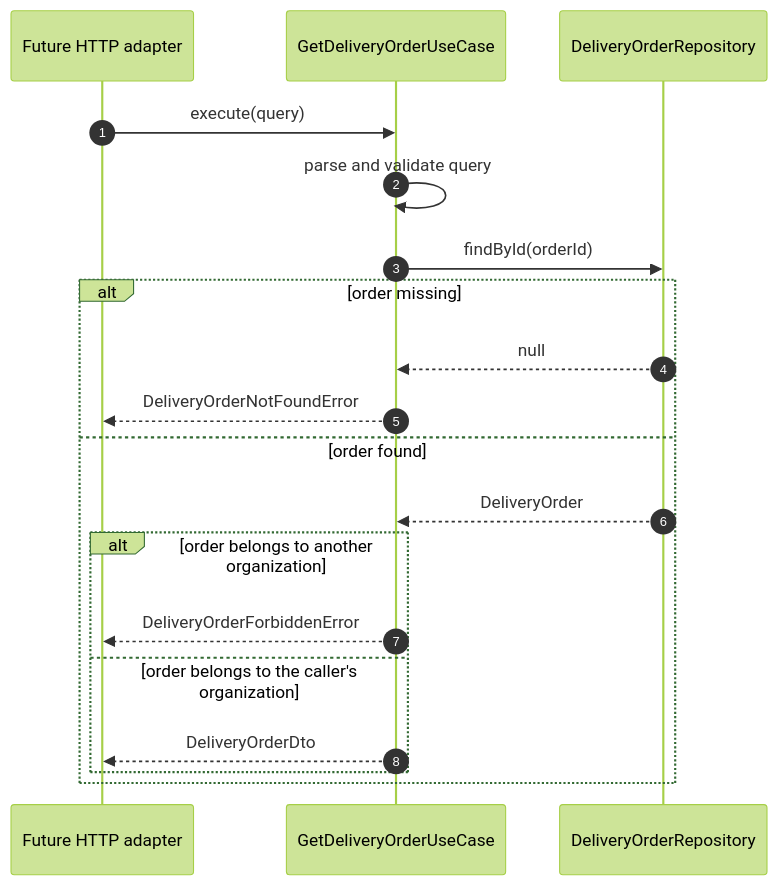
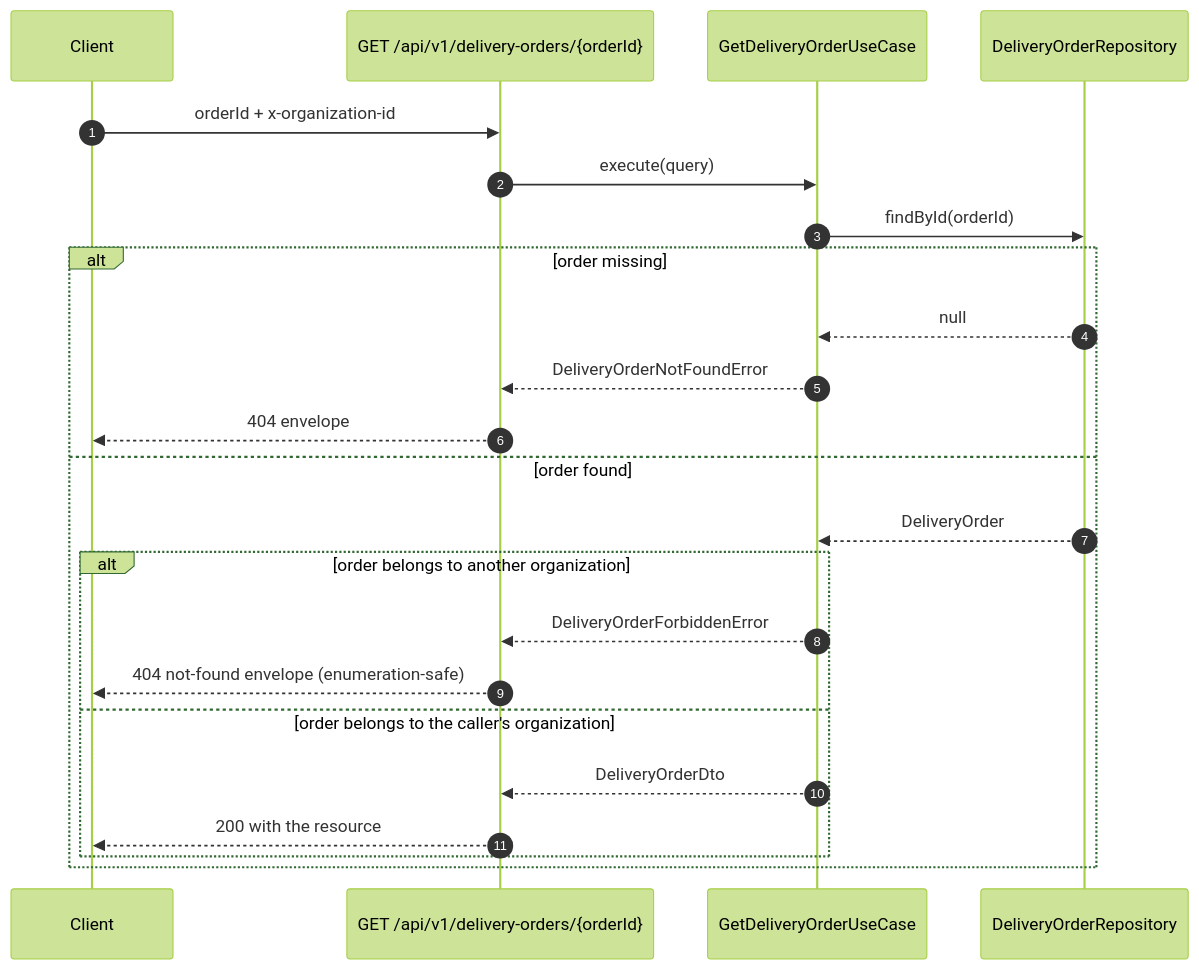
Before and after one commit to YordyBl/erp-logistic-gps: the third of 3 diagrams in apps/api/src/modules/delivery-orders/docs/architecture.md, drawn with Mermaid (forest theme). The commit also changed other lines of this file and 9 other files, not shown here.

````diff
--- a/apps/api/src/modules/delivery-orders/docs/architecture.md
+++ b/apps/api/src/modules/delivery-orders/docs/architecture.md
@@ -129,22 +248,26 @@
 ```mermaid
 sequenceDiagram
     autonumber
-    participant Client as Future HTTP adapter
+    participant Client
+    participant Route as GET /api/v1/delivery-orders/{orderId}
     participant UC as GetDeliveryOrderUseCase
     participant Repo as DeliveryOrderRepository
 
-    Client->>UC: execute(query)
-    UC->>UC: parse and validate query
+    Client->>Route: orderId + x-organization-id
+    Route->>UC: execute(query)
     UC->>Repo: findById(orderId)
     alt order missing
         Repo-->>UC: null
-        UC-->>Client: DeliveryOrderNotFoundError
+        UC-->>Route: DeliveryOrderNotFoundError
+        Route-->>Client: 404 envelope
     else order found
         Repo-->>UC: DeliveryOrder
         alt order belongs to another organization
-            UC-->>Client: DeliveryOrderForbiddenError
+            UC-->>Route: DeliveryOrderForbiddenError
+            Route-->>Client: 404 not-found envelope (enumeration-safe)
         else order belongs to the caller's organization
-            UC-->>Client: DeliveryOrderDto
+            UC-->>Route: DeliveryOrderDto
+            Route-->>Client: 200 with the resource
         end
     end
 ```
````
